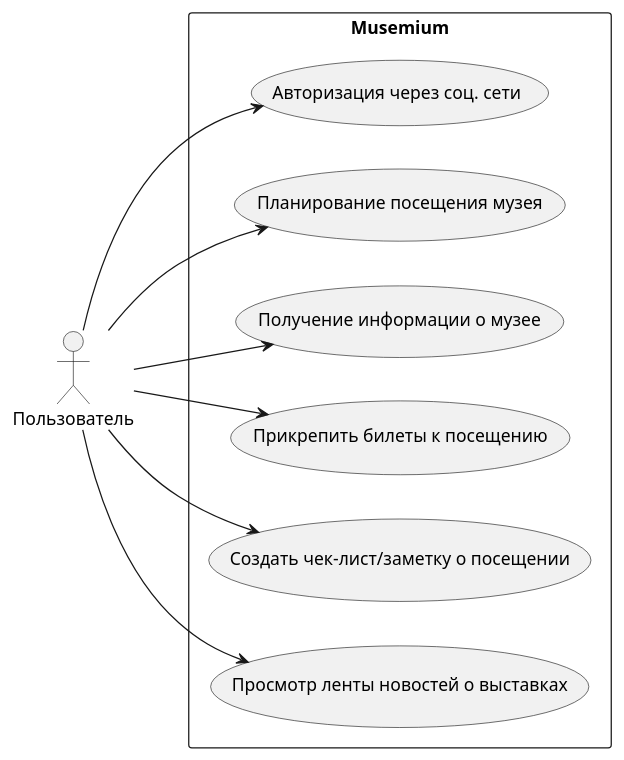
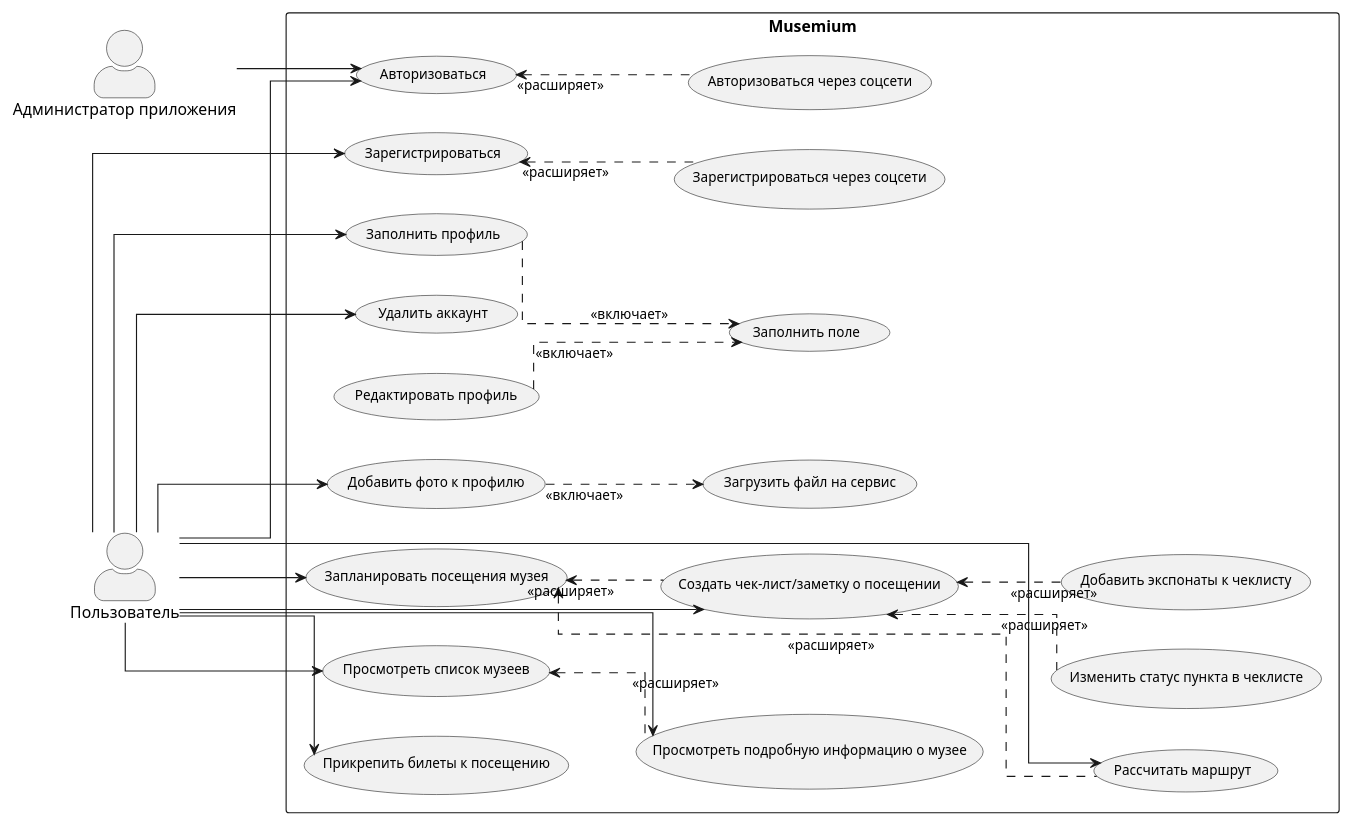
One commit to SynaxIntelligence/sal changed the diagram in diagrams/usecase.puml. Above: the diagram before and after it, drawn with PlantUML. The commit also changed 14 other files, not shown here.

```diff
--- a/diagrams/usecase.puml
+++ b/diagrams/usecase.puml
@@ -2,19 +2,74 @@
 @startuml
+
+scale 0.9
+
+skinparam linetype ortho
+skinparam actorStyle awesome
+skinparam ArrowFontSize 12
+skinparam UsecaseFontSize 12
+skinparam Shadowing false
+
 left to right direction
-actor User as "Пользователь"
-rectangle "Musemium" {
-  usecase "Авторизация через соц. сети" as Auth
-  usecase "Планирование посещения музея" as Plan
-  usecase "Получение информации о музее" as Info
-  usecase "Прикрепить билеты к посещению" as Ticket
-  usecase "Создать чек-лист/заметку о посещении" as Checklist
-  usecase "Просмотр ленты новостей о выставках" as News
+:Пользователь: as User
+:Администратор приложения: as Admin
 
-  User --> Auth
-  User --> Plan
-  User --> Info
-  User --> Ticket
-  User --> Checklist
-  User --> News
+rectangle Musemium {
+    usecase "Заполнить поле" as uc_common_1
+    usecase "Зарегистрироваться" as uc_reg_1
+    usecase "Зарегистрироваться через соцсети" as uc_reg_2
+    usecase "Авторизоваться" as uc_auth_1
+    usecase "Авторизоваться через соцсети" as uc_auth_2
+    usecase "Заполнить профиль" as uc_prof_1
+    usecase "Добавить фото к профилю" as uc_prof_2
+    usecase "Загрузить файл на сервис" as uc_prof_2.1
+    usecase "Редактировать профиль" as uc_prof_3
+    usecase "Удалить аккаунт" as uc_acc_1
+    usecase "Просмотреть список музеев" as uc_museum_1
+    usecase "Просмотреть подробную информацию о музее" as uc_museum_2
+    usecase "Запланировать посещения музея" as uc_museum_3
+    usecase "Прикрепить билеты к посещению" as uc_tckt_1
+    usecase "Создать чек-лист/заметку о посещении" as uc_chcklst_1
+    usecase "Добавить экспонаты к чеклисту" as uc_chcklst_2
+    usecase "Изменить статус пункта в чеклисте" as uc_chcklst_3
+    usecase "Рассчитать маршрут" as uc_route_1
 }
+
+uc_auth_1 <-. uc_auth_2: <<расширяет>>
+uc_reg_1 <-. uc_reg_2: <<расширяет>>
+uc_prof_2 .-> uc_prof_2.1: <<включает>>
+uc_prof_1 .-> uc_common_1: <<включает>>
+uc_prof_3 .-> uc_common_1: <<включает>>
+uc_chcklst_1 <-. uc_chcklst_2: <<расширяет>>
+uc_chcklst_1 <-. uc_chcklst_3: <<расширяет>>
+uc_museum_1 <-. uc_museum_2: <<расширяет>>
+uc_museum_3 <--. uc_route_1: <<расширяет>>
+uc_museum_3 <-. uc_chcklst_1: <<расширяет>>
+
+User --> uc_auth_1
+User --> uc_reg_1
+User --> uc_prof_1
+User --> uc_prof_2
+User --> uc_acc_1
+User --> uc_museum_1
+User --> uc_museum_2
+User --> uc_museum_3
+User --> uc_tckt_1
+User --> uc_chcklst_1
+User --> uc_route_1
+
+Admin --> uc_auth_1
+
+'Employee --> Просмотр списка музеев
+'Employee --> Просмотр подробной информации о музее
+'Employee --> Планирование посещения музея
+'
+'Admin --> Авторизация в приложении
+'Admin --> Регистрация нового пользователя
+'Admin --> Просмотр списка музеев
+'Admin --> Просмотр подробной информации о музее
+'Admin --> Планирование посещения музея
+'Admin --> Прикрепление билетов к посещению
+'Admin --> Создание чек-листа/заметки о посещении
+'Admin --> Просмотр ленты новостей о выставках
+'Admin --> Просмотр запланированных визитов
 @enduml
```
